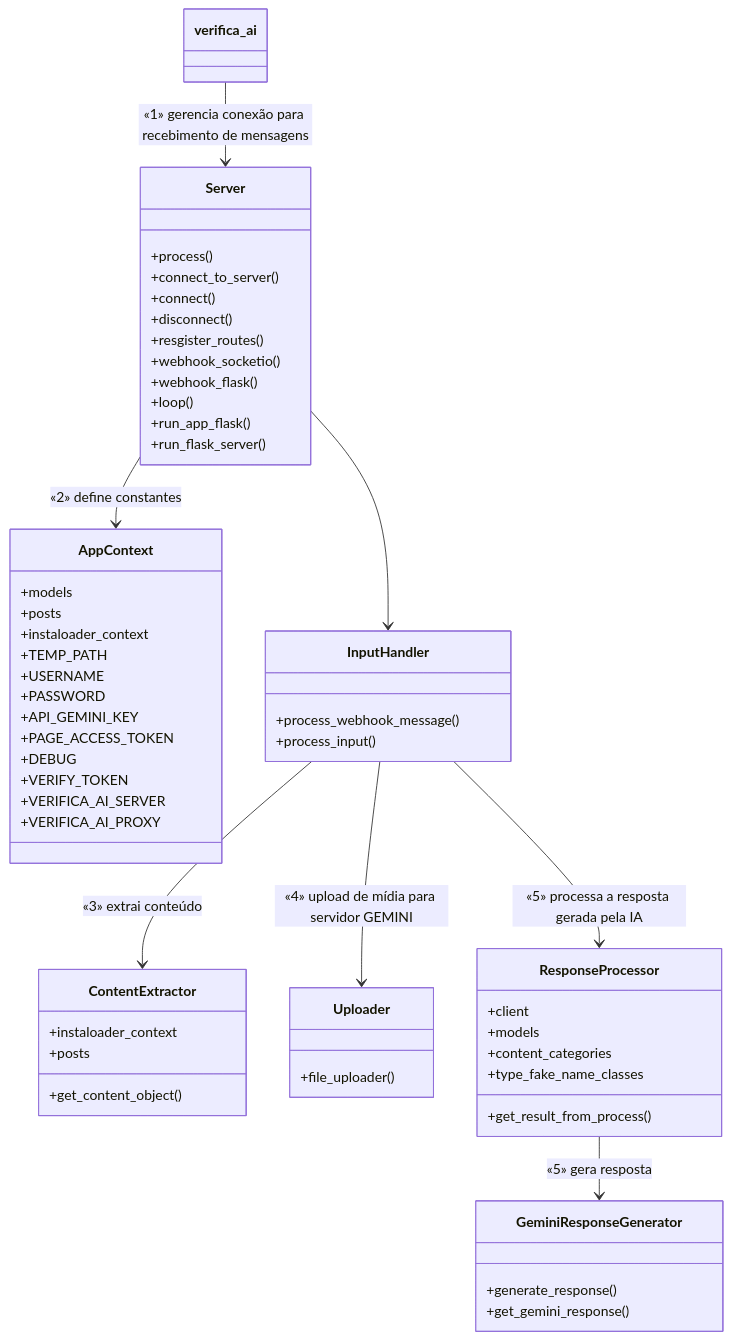
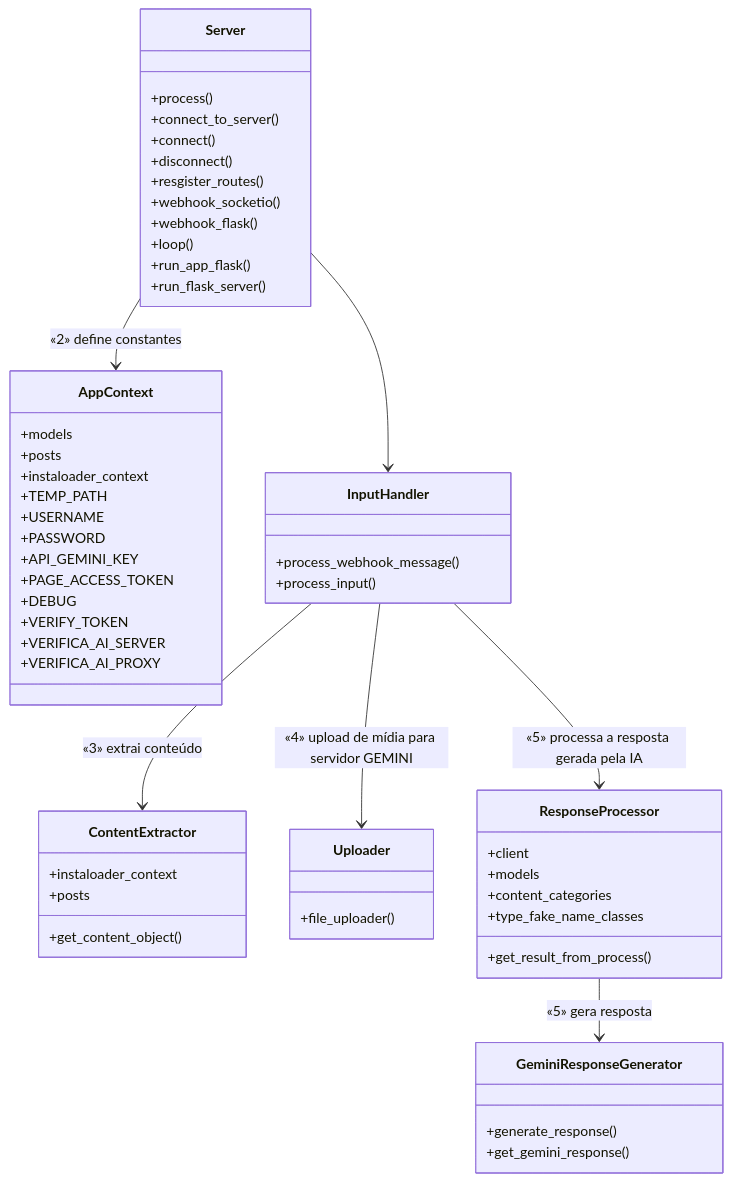
The second of 3 diagrams in README.md (verificaicode/verifica_ai), drawn with Mermaid before and after one commit.

````diff
--- a/README.md
+++ b/README.md
@@ -119,66 +119,65 @@
 ```mermaid
 classDiagram
   class AppContext{
     +models
     +posts
     +instaloader_context
     +TEMP_PATH
     +USERNAME
     +PASSWORD
     +API_GEMINI_KEY
     +PAGE_ACCESS_TOKEN
     +DEBUG
     +VERIFY_TOKEN
     +VERIFICA_AI_SERVER
     +VERIFICA_AI_PROXY
   }
 
   class Server {
     +process()
     +connect_to_server()
     +connect()
     +disconnect()
     +resgister_routes()
     +webhook_socketio()
     +webhook_flask()
     +loop()
     +run_app_flask()
     +run_flask_server()
   }
 
   class InputHandler {
     +process_webhook_message()
     +process_input()
   }
 
   class ContentExtractor {
     +instaloader_context
     +posts
     +get_content_object()
   }
 
   class Uploader {
     +file_uploader()
   }
 
   class ResponseProcessor {
     +client
     +models
     +content_categories
     +type_fake_name_classes
     +get_result_from_process()
   }
 
   class GeminiResponseGenerator {
     +generate_response()
     +get_gemini_response()
   }
 
-  verifica_ai --> Server : «1» gerencia conexão para recebimento de mensagens
   Server --> AppContext : «2» define constantes
   Server --> InputHandler
   InputHandler --> ContentExtractor : «3» extrai conteúdo
   InputHandler --> Uploader        : «4» upload de mídia para servidor GEMINI
   InputHandler --> ResponseProcessor : «5» processa a resposta gerada pela IA
   ResponseProcessor --> GeminiResponseGenerator : «5» gera resposta
 ```
````
